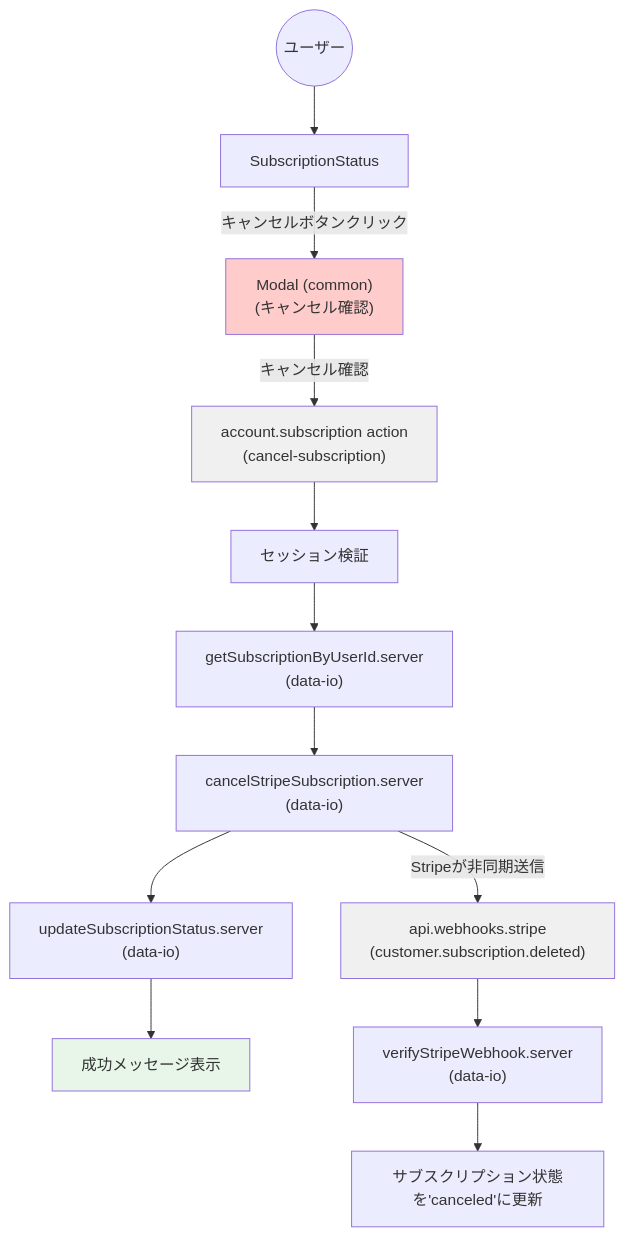
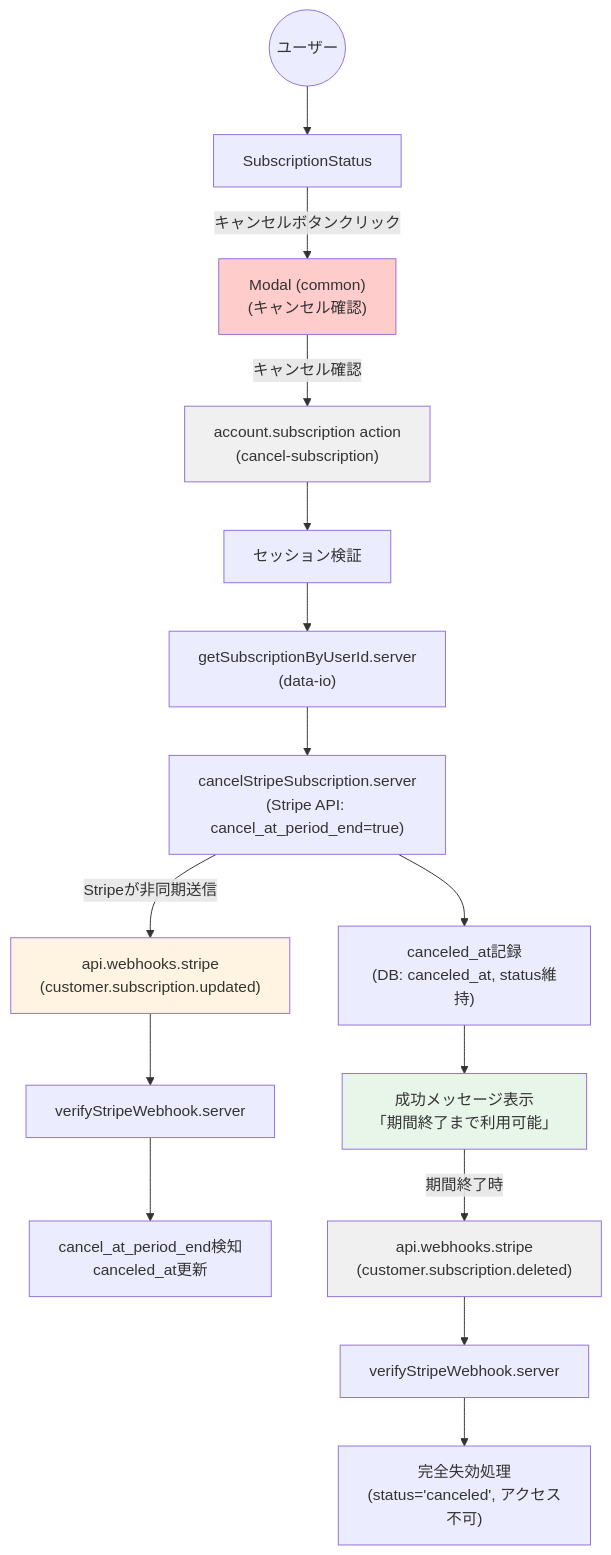
The third of 19 diagrams in develop/account/subscription/data-flow-diagram.md (tezuka-Akihiro/ClaudeMix), drawn with Mermaid before and after one commit. The commit also changed other lines of this file and 2 other files, not shown here.

First line of the commit message:
Fix critical data flow issues based on Gemini review

````diff
--- a/develop/account/subscription/data-flow-diagram.md
+++ b/develop/account/subscription/data-flow-diagram.md
@@ -67,21 +78,26 @@
 ```mermaid
 graph TD
     User((ユーザー)) --> SubStatus["SubscriptionStatus"]
     SubStatus -- "キャンセルボタンクリック" --> Modal["Modal (common)<br/>(キャンセル確認)"]
     Modal -- "キャンセル確認" --> Action["account.subscription action<br/>(cancel-subscription)"]
 
     Action --> ValidateSession["セッション検証"]
     ValidateSession --> GetSub["getSubscriptionByUserId.server<br/>(data-io)"]
-    GetSub --> CancelStripe["cancelStripeSubscription.server<br/>(data-io)"]
-    CancelStripe --> UpdateStatus["updateSubscriptionStatus.server<br/>(data-io)"]
-    UpdateStatus --> Success["成功メッセージ表示"]
+    GetSub --> CancelStripe["cancelStripeSubscription.server<br/>(Stripe API: cancel_at_period_end=true)"]
+    CancelStripe --> RecordCancel["canceled_at記録<br/>(DB: canceled_at, status維持)"]
+    RecordCancel --> Success["成功メッセージ表示<br/>「期間終了まで利用可能」"]
 
-    CancelStripe -- "Stripeが非同期送信" --> Webhook["api.webhooks.stripe<br/>(customer.subscription.deleted)"]
-    Webhook --> VerifySignature["verifyStripeWebhook.server<br/>(data-io)"]
-    VerifySignature --> UpdateDB["サブスクリプション状態を'canceled'に更新"]
+    CancelStripe -- "Stripeが非同期送信" --> WebhookUpdated["api.webhooks.stripe<br/>(customer.subscription.updated)"]
+    WebhookUpdated --> VerifySignature1["verifyStripeWebhook.server"]
+    VerifySignature1 --> UpdateCancelFlag["cancel_at_period_end検知<br/>canceled_at更新"]
+
+    Success -- "期間終了時" --> WebhookDeleted["api.webhooks.stripe<br/>(customer.subscription.deleted)"]
+    WebhookDeleted --> VerifySignature2["verifyStripeWebhook.server"]
+    VerifySignature2 --> FinalizeCancel["完全失効処理<br/>(status='canceled', アクセス不可)"]
 
     style Modal fill:#ffcccc
     style Action fill:#f0f0f0
     style Success fill:#e8f5e9
-    style Webhook fill:#f0f0f0
+    style WebhookUpdated fill:#fff4e1
+    style WebhookDeleted fill:#f0f0f0
 ```
````
